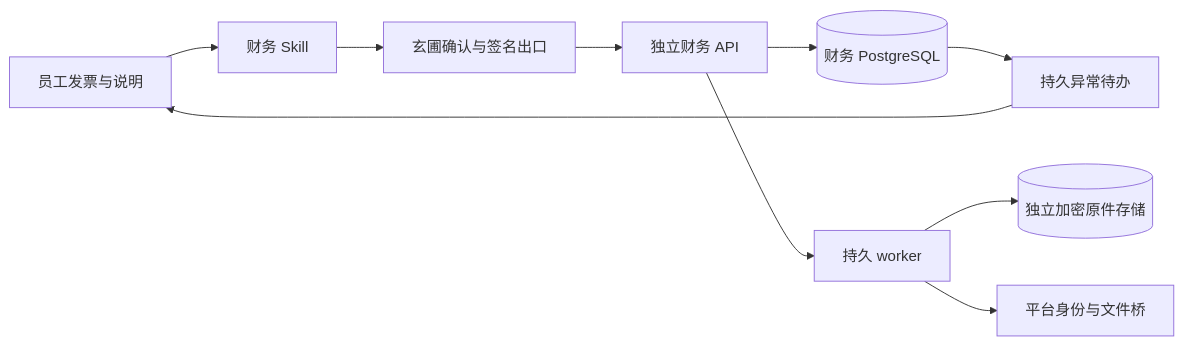
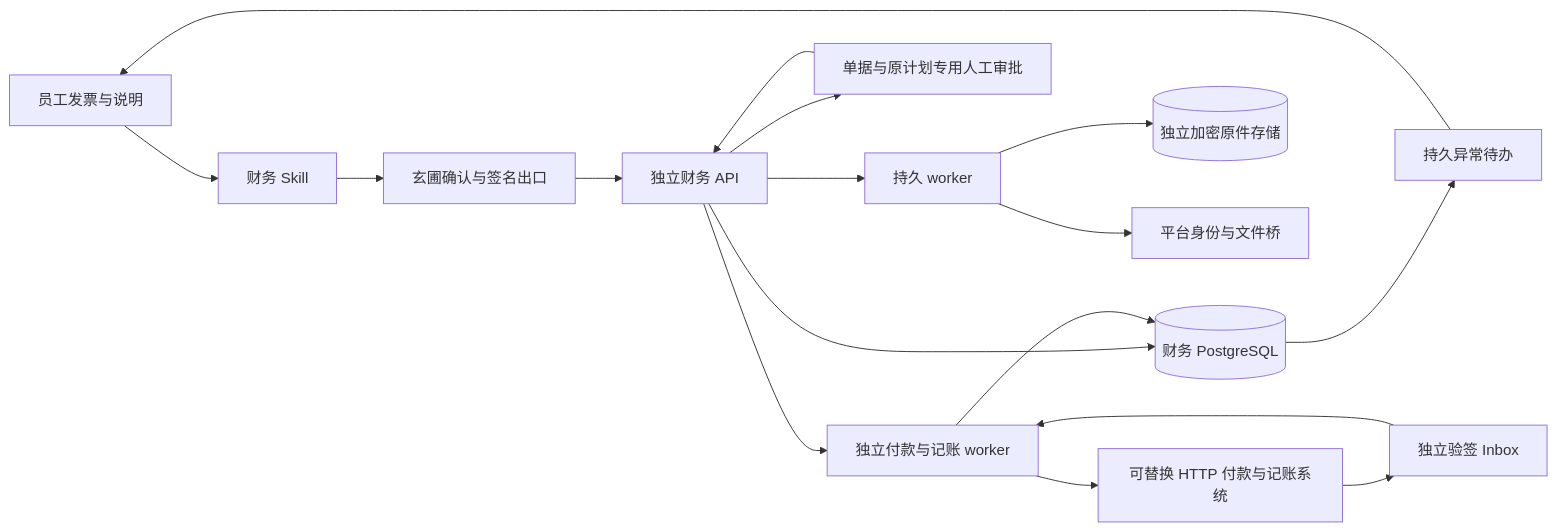
The diagram in docs/architecture/finance.md (LumoraX/xuanpu), drawn with Mermaid before and after one commit. The commit also changed other lines of this file and 136 other files, not shown here.

````diff
--- a/docs/architecture/finance.md
+++ b/docs/architecture/finance.md
@@ -5,12 +5,19 @@
 ```mermaid
 flowchart LR
   U[员工发票与说明] --> S[财务 Skill]
   S --> G[玄圃确认与签名出口]
   G --> A[独立财务 API]
   A --> D[(财务 PostgreSQL)]
   A --> W[持久 worker]
   W --> O[(独立加密原件存储)]
   W --> B[平台身份与文件桥]
   D --> H[持久异常待办]
   H --> U
+  A --> HA[单据与原计划专用人工审批]
+  HA --> A
+  A --> SW[独立付款与记账 worker]
+  SW --> P[可替换 HTTP 付款与记账系统]
+  P --> CB[独立验签 Inbox]
+  CB --> SW
+  SW --> D
 ```
````
